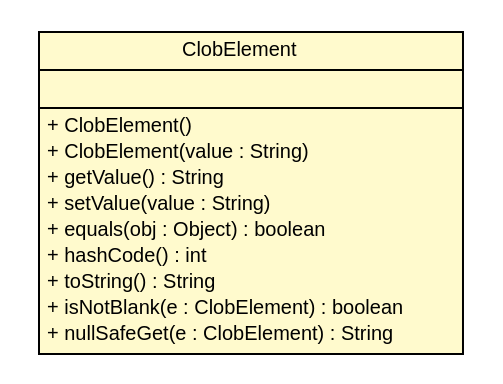
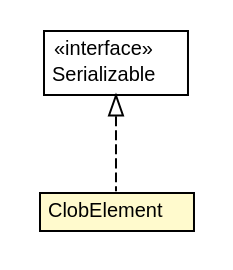
Before and after one commit to B3Partners/brmo: the diagram in brmo-persistence/apidocs/nl/b3p/brmo/persistence/staging/ClobElement.dot, drawn with Graphviz. The commit also changed 252 other files, not shown here.

```diff
--- a/brmo-persistence/apidocs/nl/b3p/brmo/persistence/staging/ClobElement.dot
+++ b/brmo-persistence/apidocs/nl/b3p/brmo/persistence/staging/ClobElement.dot
@@ -1,32 +1,27 @@
 #!/usr/local/bin/dot
 #
 # Class diagram 
 # Generated by UMLGraph version R5_6-24-gf6e263 (http://www.umlgraph.org/)
 #
 
 digraph G {
 	edge [fontname="Helvetica",fontsize=10,labelfontname="Helvetica",labelfontsize=10];
 	node [fontname="Helvetica",fontsize=10,shape=plaintext];
 	nodesep=0.25;
 	ranksep=0.5;
 	// nl.b3p.brmo.persistence.staging.ClobElement
-	c360 [label=<<table title="nl.b3p.brmo.persistence.staging.ClobElement" border="0" cellborder="1" cellspacing="0" cellpadding="2" port="p" bgcolor="lemonChiffon" href="./ClobElement.html">
+	c356 [label=<<table title="nl.b3p.brmo.persistence.staging.ClobElement" border="0" cellborder="1" cellspacing="0" cellpadding="2" port="p" bgcolor="lemonChiffon" href="./ClobElement.html">
 		<tr><td><table border="0" cellspacing="0" cellpadding="1">
 <tr><td align="center" balign="center"> ClobElement </td></tr>
 		</table></td></tr>
+		</table>>, URL="./ClobElement.html", fontname="Helvetica", fontcolor="black", fontsize=10.0];
+	//nl.b3p.brmo.persistence.staging.ClobElement implements java.io.Serializable
+	c363:p -> c356:p [dir=back,arrowtail=empty,style=dashed];
+	// java.io.Serializable
+	c363 [label=<<table title="java.io.Serializable" border="0" cellborder="1" cellspacing="0" cellpadding="2" port="p">
 		<tr><td><table border="0" cellspacing="0" cellpadding="1">
-<tr><td align="left" balign="left">  </td></tr>
+<tr><td align="center" balign="center"> &#171;interface&#187; </td></tr>
+<tr><td align="center" balign="center"> Serializable </td></tr>
 		</table></td></tr>
-		<tr><td><table border="0" cellspacing="0" cellpadding="1">
-<tr><td align="left" balign="left"> + ClobElement() </td></tr>
-<tr><td align="left" balign="left"> + ClobElement(value : String) </td></tr>
-<tr><td align="left" balign="left"> + getValue() : String </td></tr>
-<tr><td align="left" balign="left"> + setValue(value : String) </td></tr>
-<tr><td align="left" balign="left"> + equals(obj : Object) : boolean </td></tr>
-<tr><td align="left" balign="left"> + hashCode() : int </td></tr>
-<tr><td align="left" balign="left"> + toString() : String </td></tr>
-<tr><td align="left" balign="left"> + isNotBlank(e : ClobElement) : boolean </td></tr>
-<tr><td align="left" balign="left"> + nullSafeGet(e : ClobElement) : String </td></tr>
-		</table></td></tr>
-		</table>>, URL="./ClobElement.html", fontname="Helvetica", fontcolor="black", fontsize=10.0];
+		</table>>, URL="null", fontname="Helvetica", fontcolor="black", fontsize=10.0];
 }
```
